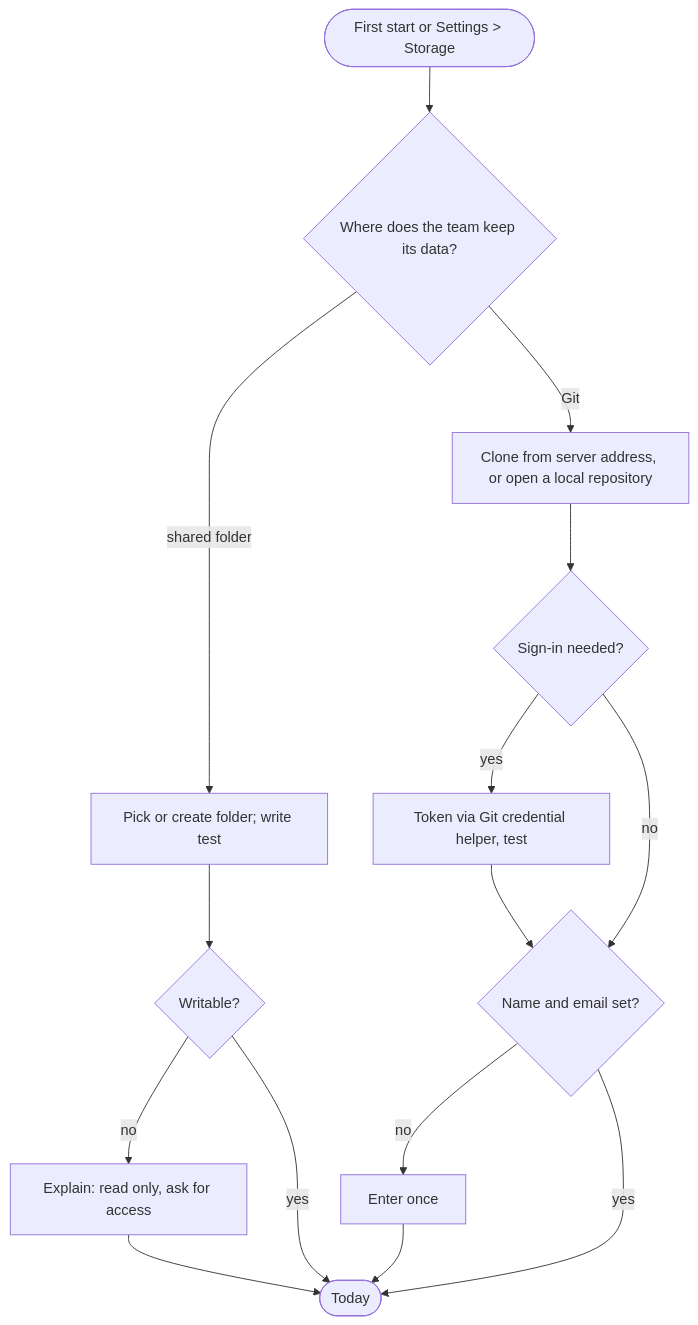
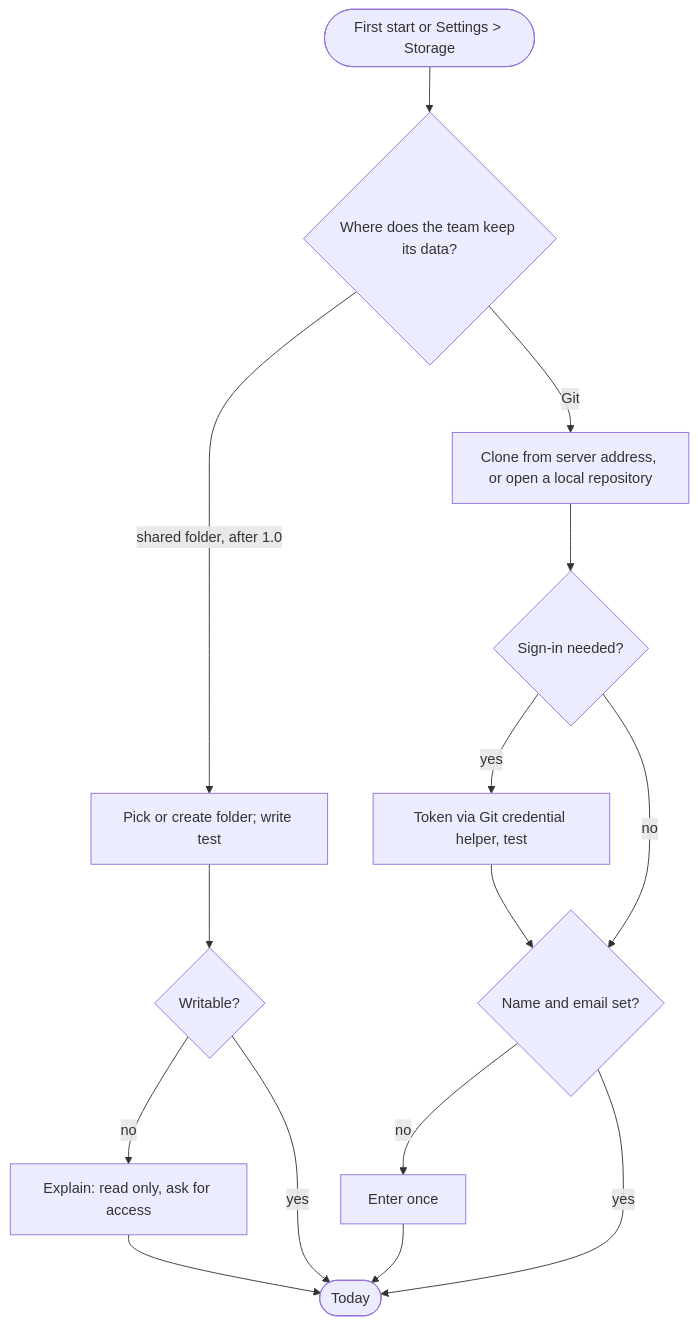
One commit to swallat/foresprint changed the ninth of 15 diagrams in docs/redesign/flows.md. Above: the diagram before and after it, drawn with Mermaid. The commit also changed other lines of this file and 2 other files, not shown here.

First line of the commit message:
Git stays the 1.0 storage; shared folder after 1.0 via the same interface

````diff
--- a/docs/redesign/flows.md
+++ b/docs/redesign/flows.md
@@ -270,14 +270,14 @@
 ```mermaid
 flowchart TD
   S([First start or Settings > Storage]) --> K{Where does the team keep its data?}
-  K -- shared folder --> F[Pick or create folder; write test]
+  K -- shared folder, after 1.0 --> F[Pick or create folder; write test]
   F --> FR{Writable?}
   FR -- no --> FE[Explain: read only, ask for access] --> T
   FR -- yes --> T([Today])
   K -- Git --> G[Clone from server address, or open a local repository]
   G --> SI{Sign-in needed?}
   SI -- yes --> TK[Token via Git credential helper, test] --> ID
   SI -- no --> ID{Name and email set?}
   ID -- no --> IDF[Enter once] --> T
   ID -- yes --> T
 ```
````
